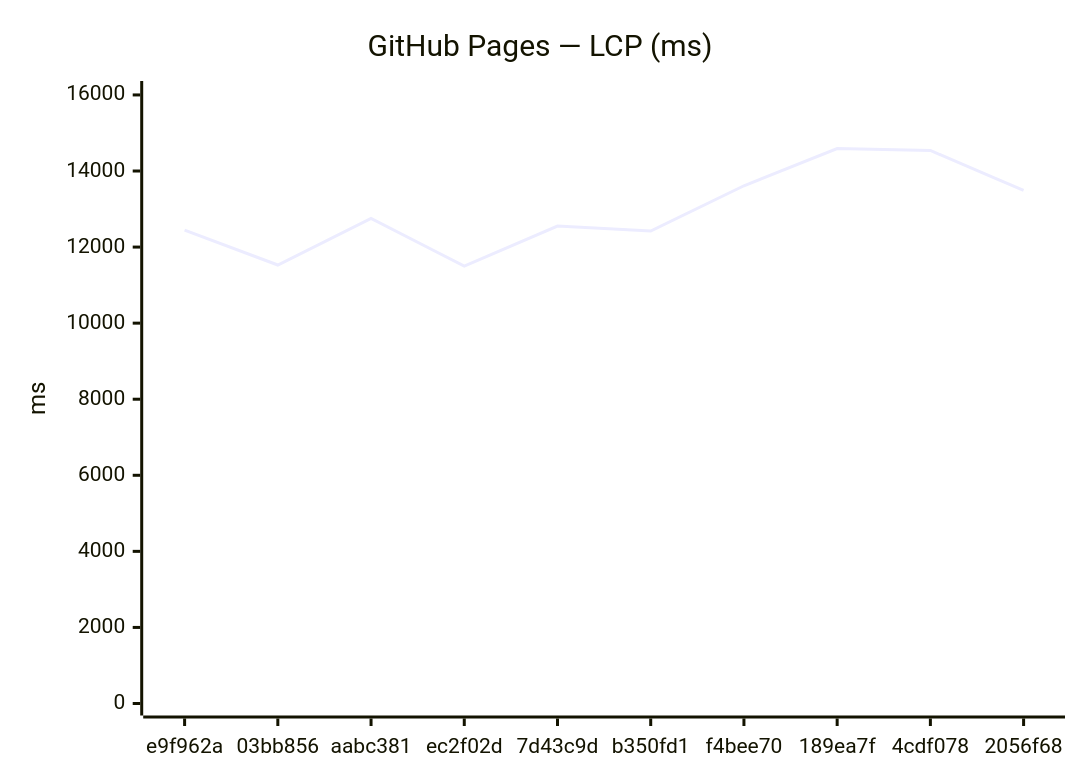
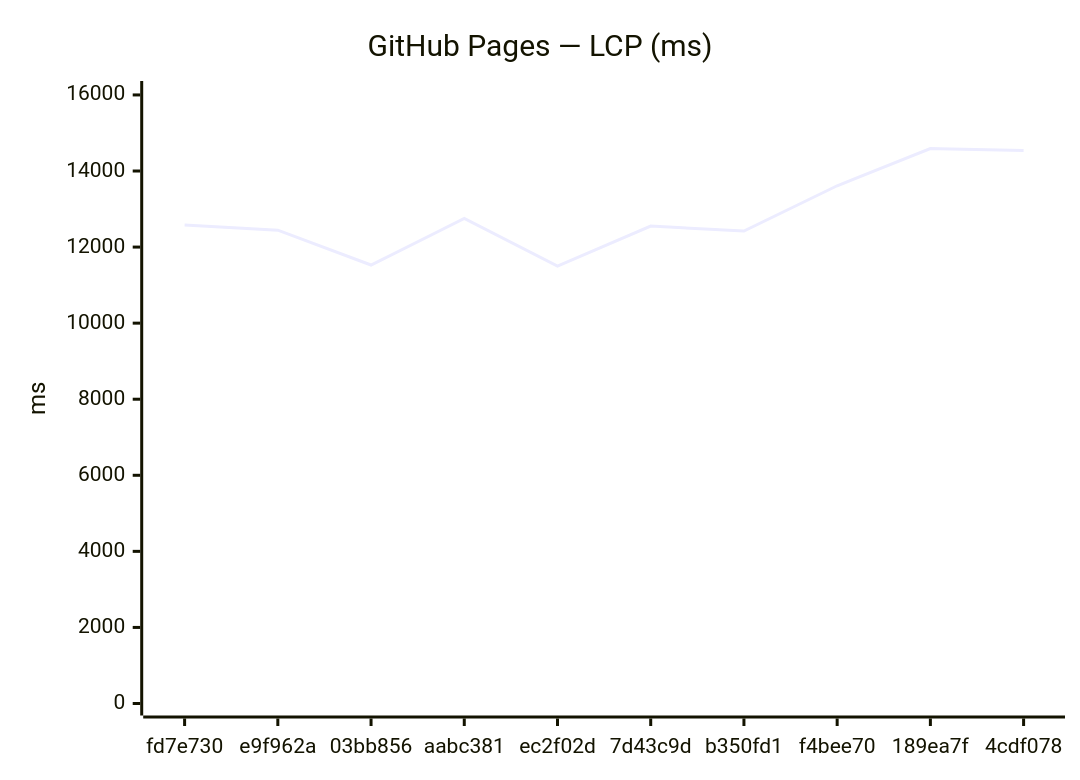
The third of 18 diagrams in benchmarks/compare.md (Metaheurist/Rianell), drawn with Mermaid before and after one commit. The commit also changed other lines of this file and 11 other files, not shown here.

````diff
--- a/benchmarks/compare.md
+++ b/benchmarks/compare.md
@@ -54,7 +54,7 @@
 ```mermaid
 xychart-beta
     title "GitHub Pages — LCP (ms)"
-    x-axis ["e9f962a", "03bb856", "aabc381", "ec2f02d", "7d43c9d", "b350fd1", "f4bee70", "189ea7f", "4cdf078", "2056f68"]
+    x-axis ["fd7e730", "e9f962a", "03bb856", "aabc381", "ec2f02d", "7d43c9d", "b350fd1", "f4bee70", "189ea7f", "4cdf078"]
     y-axis "ms" 0 --> 16051
-    line [12444, 11529, 12751, 11500, 12552, 12421, 13612, 14591, 14540, 13488]
+    line [12580, 12444, 11529, 12751, 11500, 12552, 12421, 13612, 14591, 14540]
 ```
````
